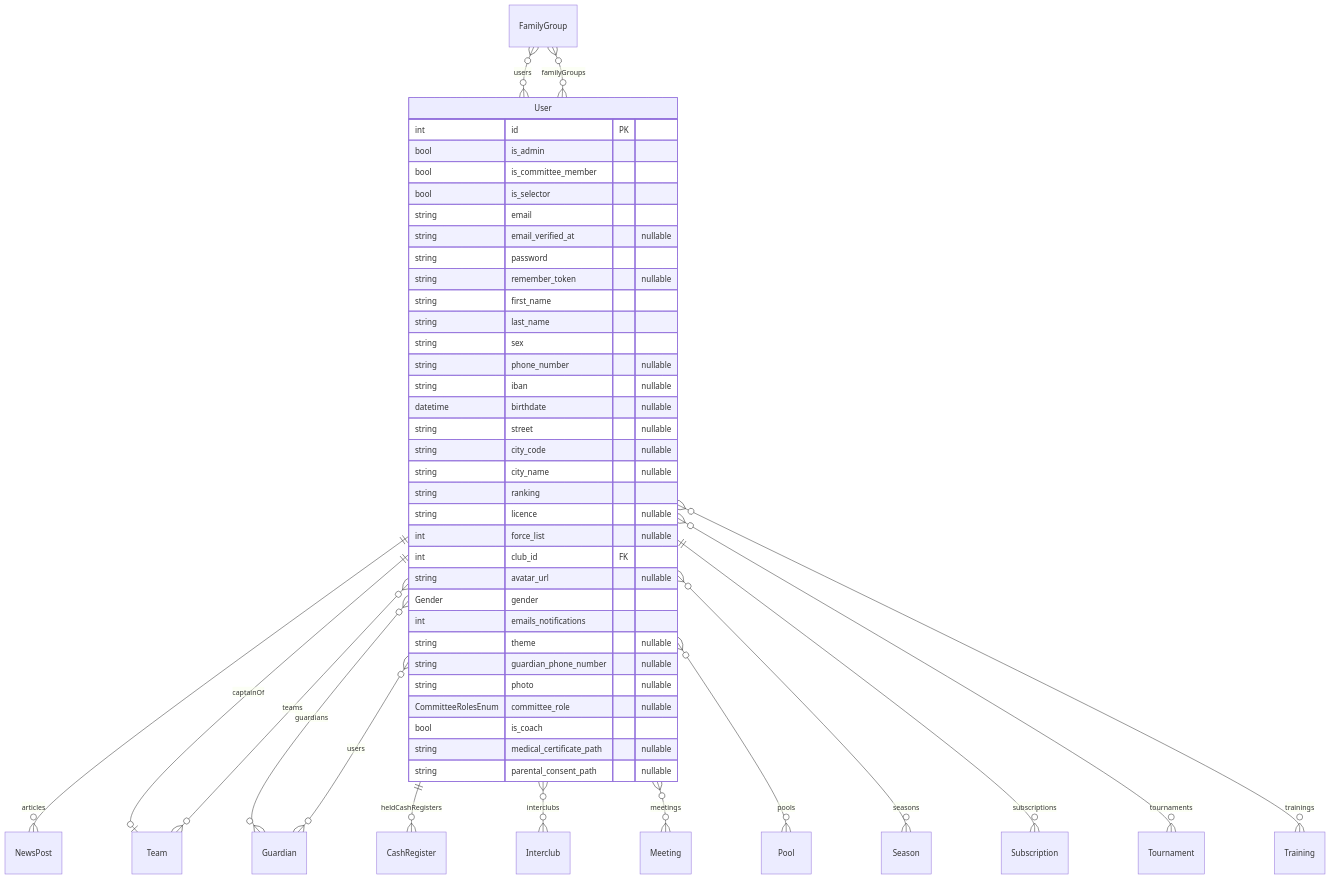
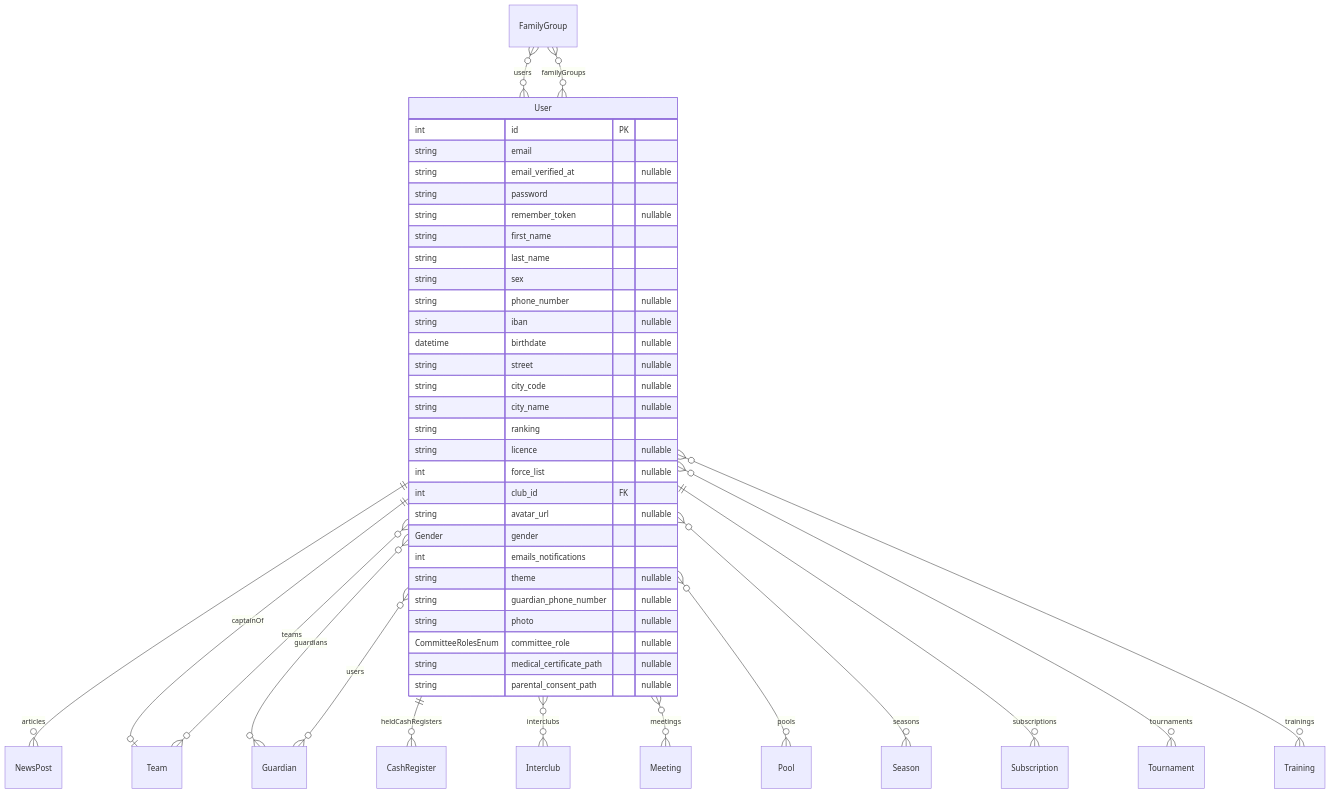
Before and after one commit to Paupoo/tabletennisclub-app: the diagram in docs/erd/clubadmin-users.md, drawn with Mermaid. The commit also changed 57 other files, not shown here.

````diff
--- a/docs/erd/clubadmin-users.md
+++ b/docs/erd/clubadmin-users.md
@@ -3,56 +3,52 @@
 ```mermaid
 erDiagram
     FamilyGroup {
     }
     Guardian {
     }
     User {
         int id PK
-        bool is_admin
-        bool is_committee_member
-        bool is_selector
         string email
         string email_verified_at "nullable"
         string password
         string remember_token "nullable"
         string first_name
         string last_name
         string sex
         string phone_number "nullable"
         string iban "nullable"
         datetime birthdate "nullable"
         string street "nullable"
         string city_code "nullable"
         string city_name "nullable"
         string ranking
         string licence "nullable"
         int force_list "nullable"
         int club_id FK
         string avatar_url "nullable"
         Gender gender
         int emails_notifications
         string theme "nullable"
         string guardian_phone_number "nullable"
         string photo "nullable"
         CommitteeRolesEnum committee_role "nullable"
-        bool is_coach
         string medical_certificate_path "nullable"
         string parental_consent_path "nullable"
     }
 
     FamilyGroup }o--o{ User : "users"
     Guardian }o--o{ User : "users"
     User ||--o{ NewsPost : "articles"
     User ||--o| Team : "captainOf"
     User }o--o{ FamilyGroup : "familyGroups"
     User }o--o{ Guardian : "guardians"
     User ||--o{ CashRegister : "heldCashRegisters"
     User }o--o{ Interclub : "interclubs"
     User }o--o{ Meeting : "meetings"
     User }o--o{ Pool : "pools"
     User }o--o{ Season : "seasons"
     User ||--o{ Subscription : "subscriptions"
     User }o--o{ Team : "teams"
     User }o--o{ Tournament : "tournaments"
     User }o--o{ Training : "trainings"
 ```
````
